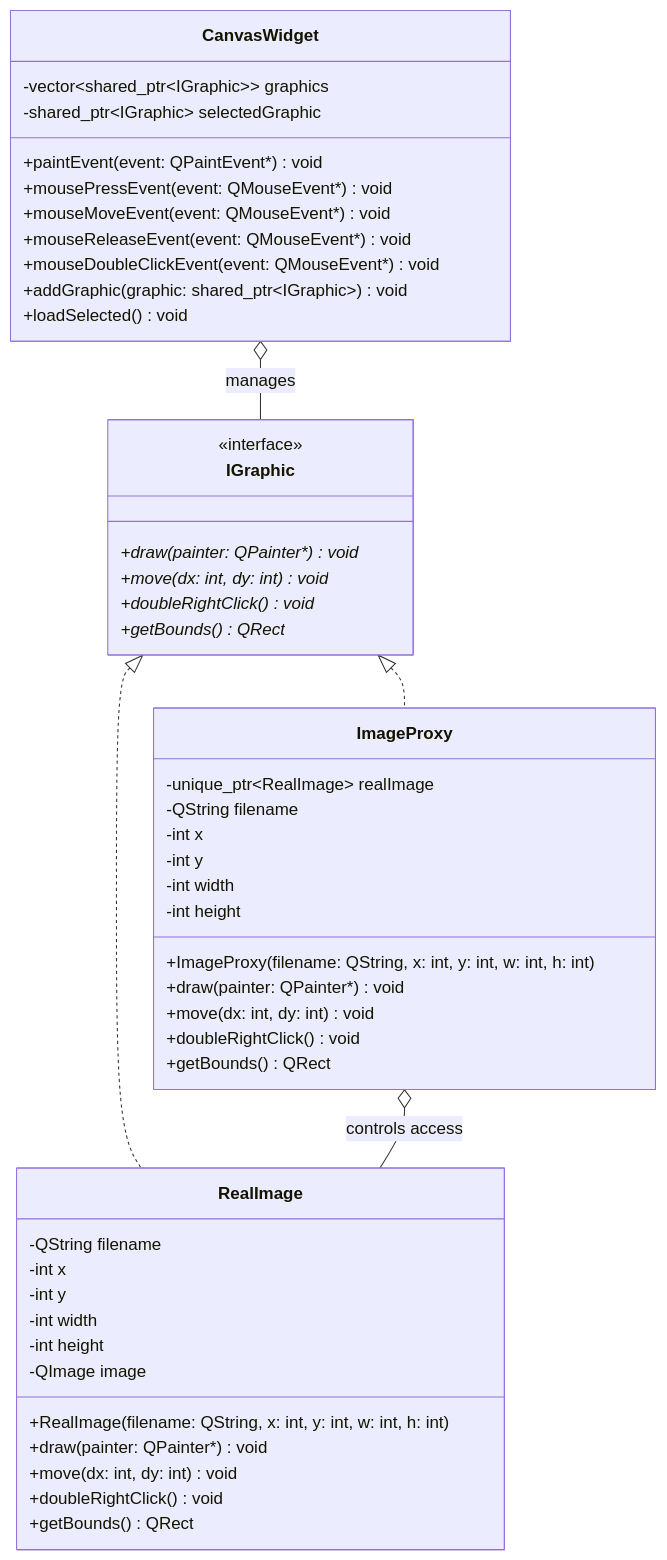
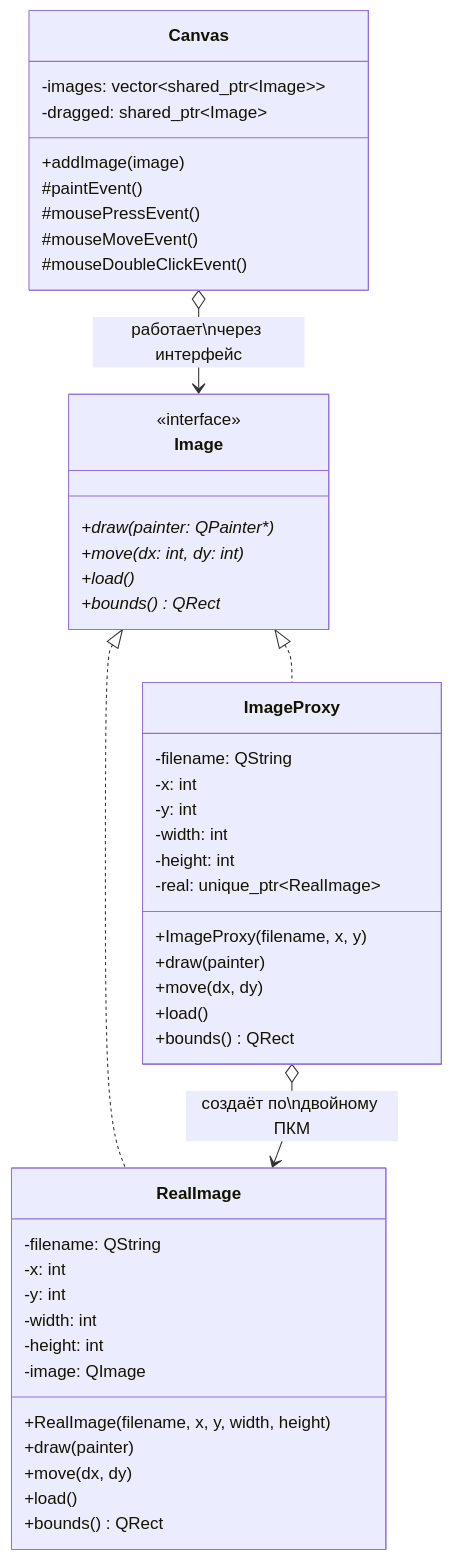
One commit to ivan-aleschin/uni changed the first of 2 diagrams in software-architecture/lab-4/README.md. Above: the diagram before and after it, drawn with Mermaid. The commit also changed other lines of this file and 20 other files, not shown here.

````diff
--- a/software-architecture/lab-4/README.md
+++ b/software-architecture/lab-4/README.md
@@ -25,55 +52,53 @@
 ```mermaid
 classDiagram
-    class IGraphic {
+    class Image {
         <<interface>>
-        +draw(painter: QPainter*)* void
-        +move(dx: int, dy: int)* void
-        +doubleRightClick()* void
-        +getBounds()* QRect
+        +draw(painter: QPainter*)*
+        +move(dx: int, dy: int)*
+        +load()*
+        +bounds() QRect*
     }
 
     class RealImage {
-        -QString filename
-        -int x
-        -int y
-        -int width
-        -int height
-        -QImage image
-        +RealImage(filename: QString, x: int, y: int, w: int, h: int)
-        +draw(painter: QPainter*) void
-        +move(dx: int, dy: int) void
-        +doubleRightClick() void
-        +getBounds() QRect
+        -filename: QString
+        -x: int
+        -y: int
+        -width: int
+        -height: int
+        -image: QImage
+        +RealImage(filename, x, y, width, height)
+        +draw(painter)
+        +move(dx, dy)
+        +load()
+        +bounds() QRect
     }
 
     class ImageProxy {
-        -unique_ptr~RealImage~ realImage
-        -QString filename
-        -int x
-        -int y
-        -int width
-        -int height
-        +ImageProxy(filename: QString, x: int, y: int, w: int, h: int)
-        +draw(painter: QPainter*) void
-        +move(dx: int, dy: int) void
-        +doubleRightClick() void
-        +getBounds() QRect
+        -filename: QString
+        -x: int
+        -y: int
+        -width: int
+        -height: int
+        -real: unique_ptr~RealImage~
+        +ImageProxy(filename, x, y)
+        +draw(painter)
+        +move(dx, dy)
+        +load()
+        +bounds() QRect
     }
 
-    class CanvasWidget {
-        -vector~shared_ptr~IGraphic~~ graphics
-        -shared_ptr~IGraphic~ selectedGraphic
-        +paintEvent(event: QPaintEvent*) void
-        +mousePressEvent(event: QMouseEvent*) void
-        +mouseMoveEvent(event: QMouseEvent*) void
-        +mouseReleaseEvent(event: QMouseEvent*) void
-        +mouseDoubleClickEvent(event: QMouseEvent*) void
-        +addGraphic(graphic: shared_ptr~IGraphic~) void
-        +loadSelected() void
+    class Canvas {
+        -images: vector~shared_ptr~Image~~
+        -dragged: shared_ptr~Image~
+        +addImage(image)
+        #paintEvent()
+        #mousePressEvent()
+        #mouseMoveEvent()
+        #mouseDoubleClickEvent()
     }
 
-    IGraphic <|.. RealImage
-    IGraphic <|.. ImageProxy
-    ImageProxy o-- RealImage : controls access
-    CanvasWidget o-- IGraphic : manages
+    Image <|.. RealImage
+    Image <|.. ImageProxy
+    ImageProxy o--> RealImage : создаёт по\nдвойному ПКМ
+    Canvas o--> Image : работает\nчерез интерфейс
 ```
````
